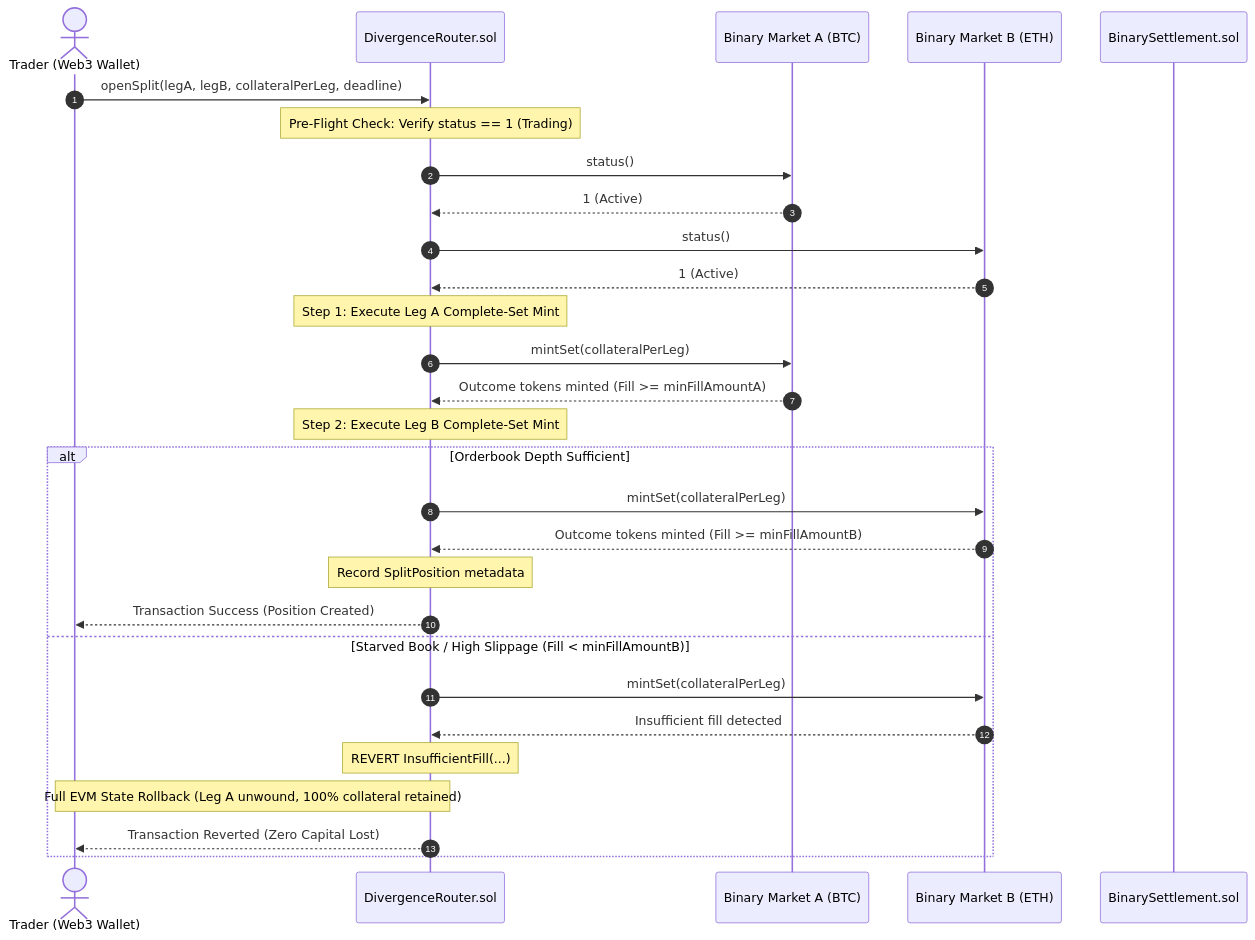
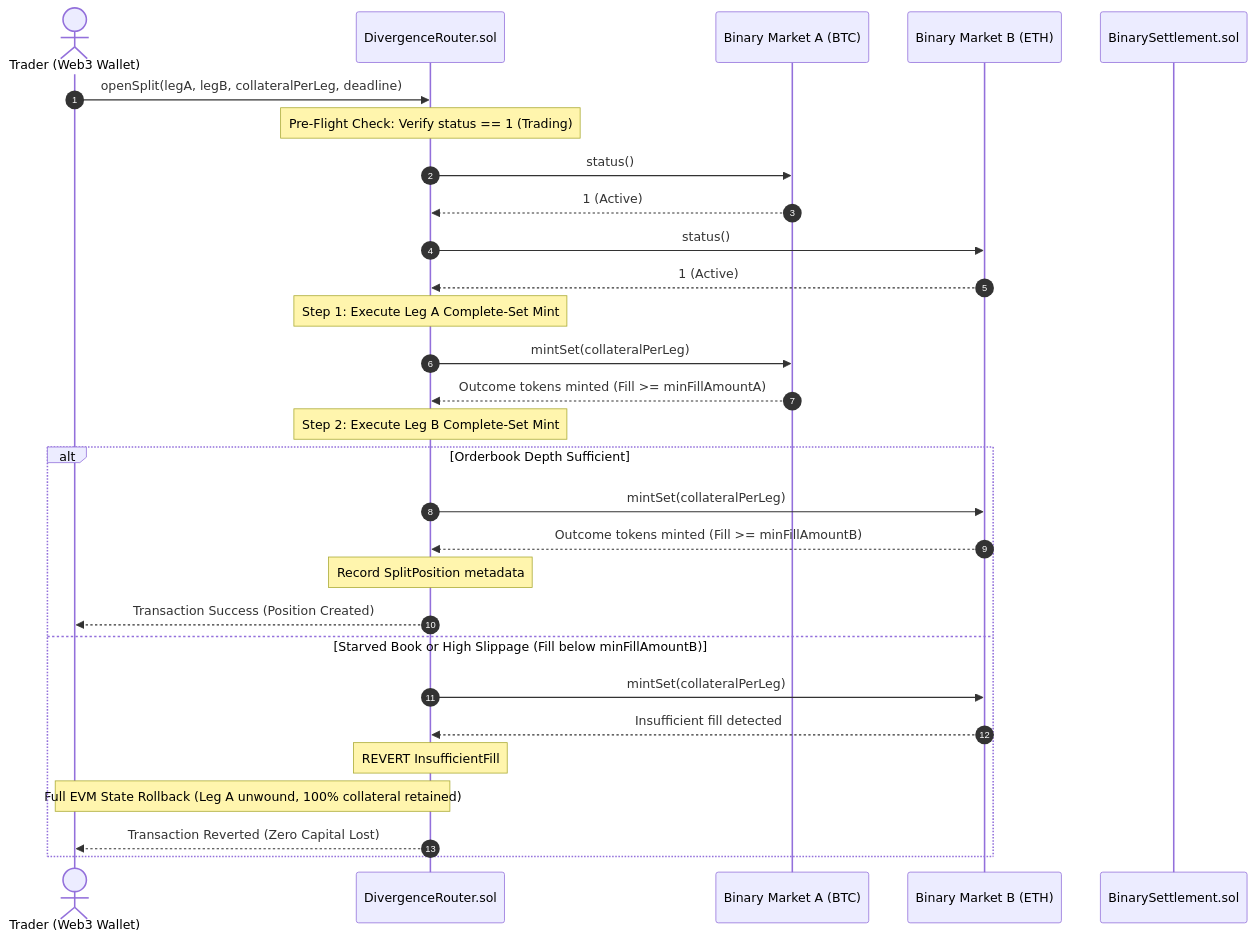
The third of 4 diagrams in README.md (rythmern02/Divergence-Router), drawn with Mermaid before and after one commit. The commit also changed other lines of this file, not shown here.

Commit message:
docs: resolve Mermaid diagram syntax and remove all emojis from README

````diff
--- a/README.md
+++ b/README.md
@@ -107,34 +108,34 @@
 ```mermaid
 sequenceDiagram
     autonumber
     actor Trader as Trader (Web3 Wallet)
     participant Router as DivergenceRouter.sol
     participant MarketA as Binary Market A (BTC)
     participant MarketB as Binary Market B (ETH)
     participant Settlement as BinarySettlement.sol
 
     Trader->>Router: openSplit(legA, legB, collateralPerLeg, deadline)
     Note over Router: Pre-Flight Check: Verify status == 1 (Trading)
     Router->>MarketA: status()
     MarketA-->>Router: 1 (Active)
     Router->>MarketB: status()
     MarketB-->>Router: 1 (Active)
 
     Note over Router: Step 1: Execute Leg A Complete-Set Mint
     Router->>MarketA: mintSet(collateralPerLeg)
     MarketA-->>Router: Outcome tokens minted (Fill >= minFillAmountA)
 
     Note over Router: Step 2: Execute Leg B Complete-Set Mint
     alt Orderbook Depth Sufficient
         Router->>MarketB: mintSet(collateralPerLeg)
         MarketB-->>Router: Outcome tokens minted (Fill >= minFillAmountB)
         Note over Router: Record SplitPosition metadata
         Router-->>Trader: Transaction Success (Position Created)
-    else Starved Book / High Slippage (Fill < minFillAmountB)
+    else Starved Book or High Slippage (Fill below minFillAmountB)
         Router->>MarketB: mintSet(collateralPerLeg)
         MarketB-->>Router: Insufficient fill detected
-        Note over Router: REVERT InsufficientFill(...)
+        Note over Router: REVERT InsufficientFill
         Note over Router,Trader: Full EVM State Rollback (Leg A unwound, 100% collateral retained)
         Router-->>Trader: Transaction Reverted (Zero Capital Lost)
     end
 ```
````
